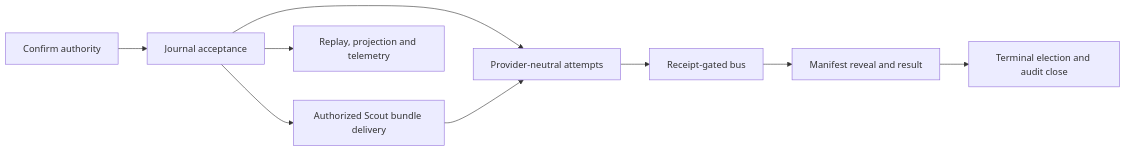
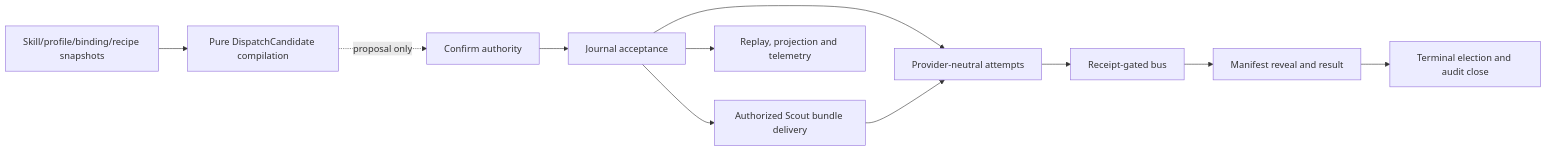
The diagram in docs/features/agents-communication-infra/specs/SPEC.md (VictorBoscaro/cyberalchemy-orchestrator), drawn with Mermaid before and after one commit. The commit also changed other lines of this file and 48 other files, not shown here.

````diff
--- a/docs/features/agents-communication-infra/specs/SPEC.md
+++ b/docs/features/agents-communication-infra/specs/SPEC.md
@@ -87,11 +103,13 @@
 ```mermaid
 flowchart LR
+  K[Skill/profile/binding/recipe snapshots] --> D[Pure DispatchCandidate compilation]
+  D -. proposal only .-> C
   C[Confirm authority] --> J[Journal acceptance]
   J --> A[Provider-neutral attempts]
   J --> S[Authorized Scout bundle delivery]
   S --> A
   A --> B[Receipt-gated bus]
   B --> R[Manifest reveal and result]
   R --> X[Terminal election and audit close]
   J --> P[Replay, projection and telemetry]
 ```
````
